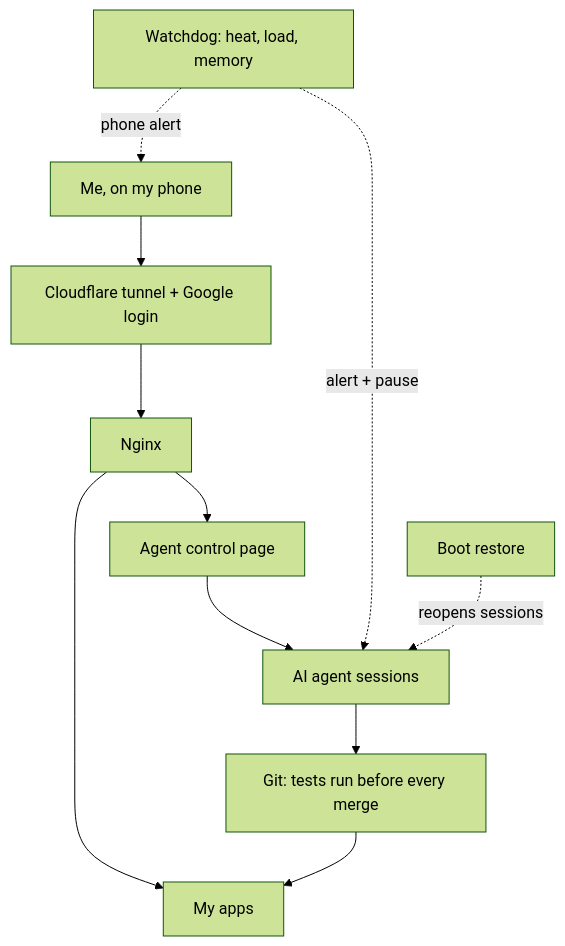
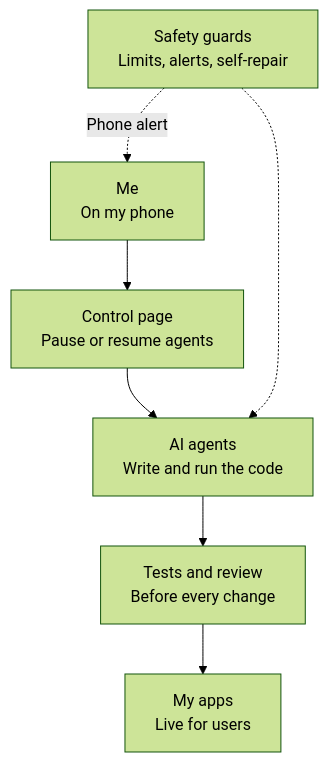
Before and after one commit to murilobellatini/murilobellatini: the first of 2 diagrams in README.md, drawn with Mermaid (forest theme). The commit also changed other lines of this file and 1 other file, not shown here.

Commit message:
docs: simpler high-level Pi diagram

````diff
--- a/README.md
+++ b/README.md
@@ -134,15 +134,10 @@
 ```mermaid
 flowchart TD
-    ME[Me, on my phone] --> CF[Cloudflare tunnel + Google login]
-    CF --> NG[Nginx]
-    NG --> CTL[Agent control page]
-    NG --> APPS[My apps]
+    ME[Me<br>On my phone] --> CTL[Control page<br>Pause or resume agents]
+    CTL --> AG[AI agents<br>Write and run the code]
+    AG --> QA[Tests and review<br>Before every change]
+    QA --> APPS[My apps<br>Live for users]
 
-    CTL --> AG[AI agent sessions]
-    AG --> GIT[Git: tests run before every merge]
-    GIT --> APPS
-
-    WATCH[Watchdog: heat, load, memory] -. alert + pause .-> AG
-    WATCH -. phone alert .-> ME
-    BOOT[Boot restore] -. reopens sessions .-> AG
+    GD[Safety guards<br>Limits, alerts, self-repair] -.-> AG
+    GD -. Phone alert .-> ME
 ```
````
